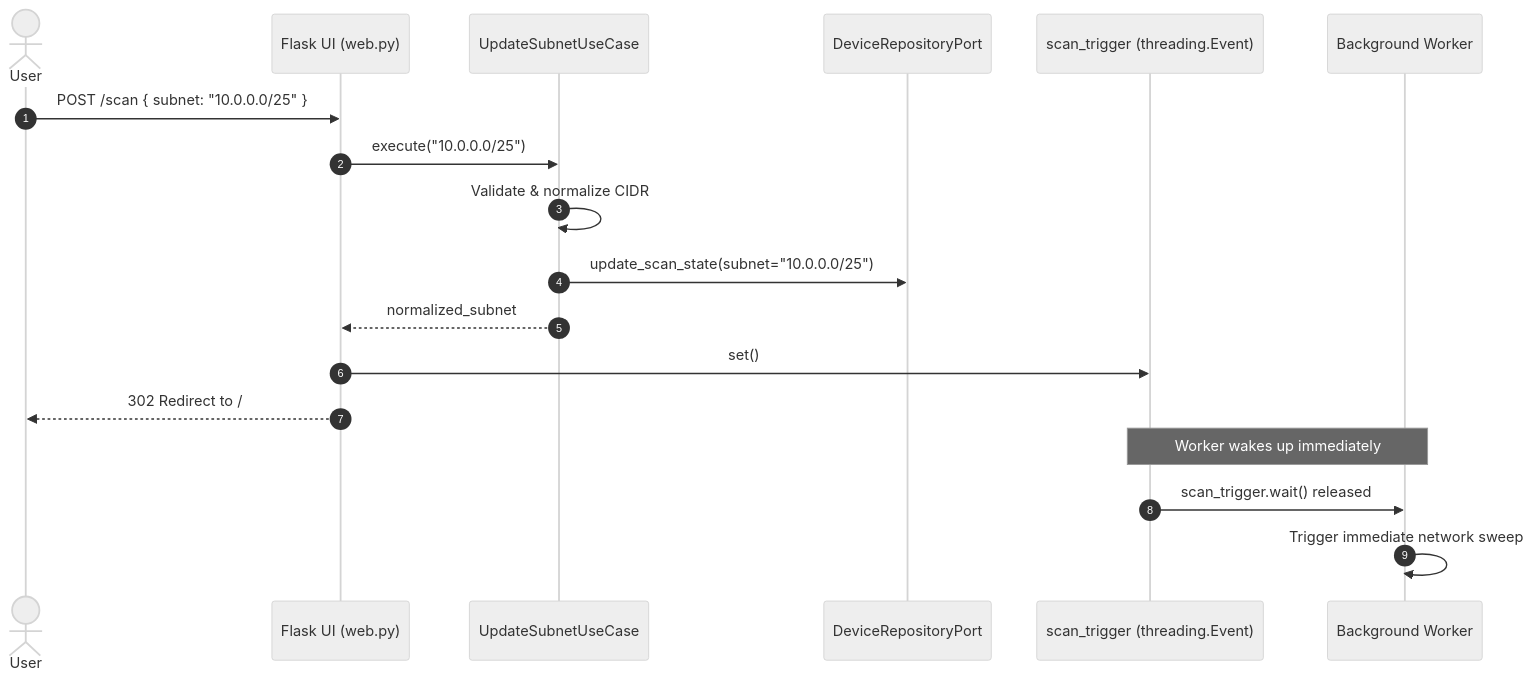
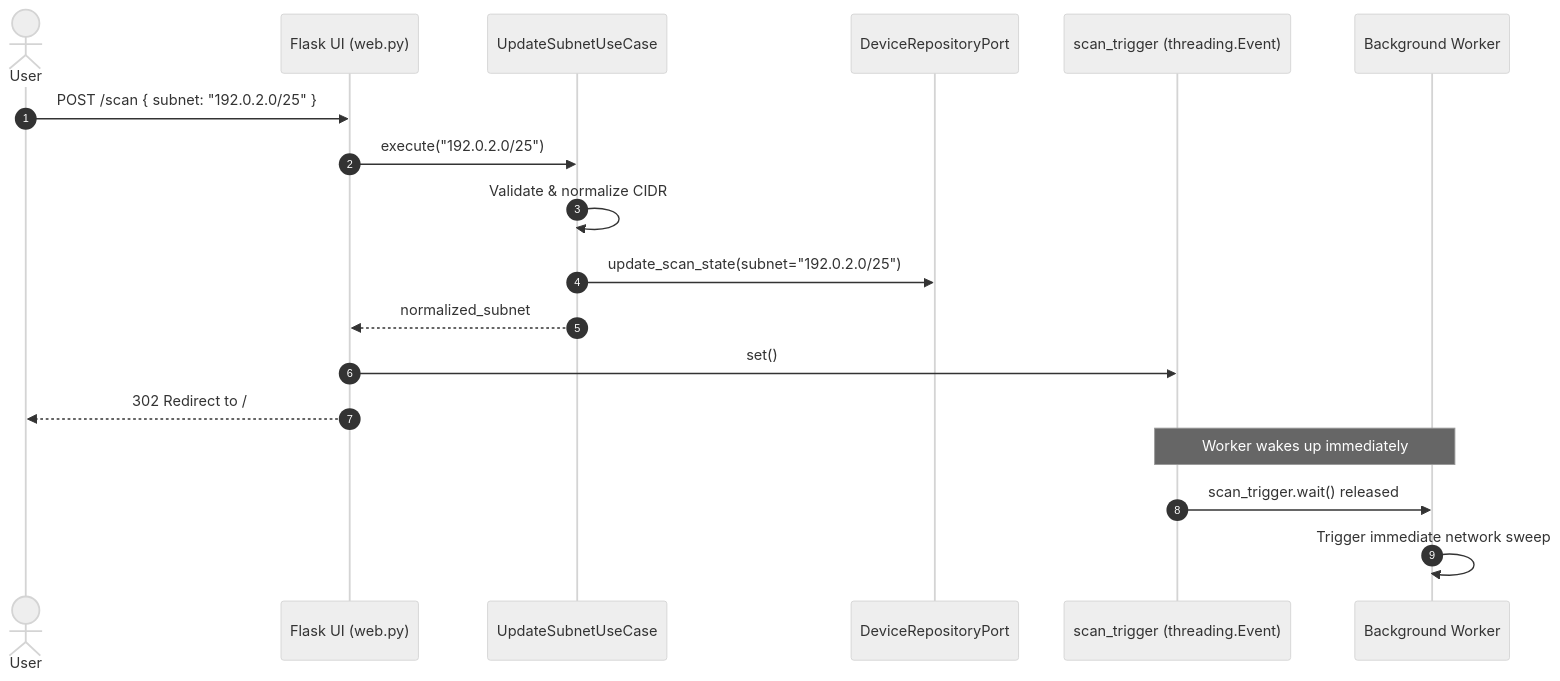
The third of 3 diagrams in ARCHITECTURE.md (tomhalsan/LANRoster), drawn with Mermaid (neutral theme) before and after one commit. The commit also changed other lines of this file and 2 other files, not shown here.

````diff
--- a/ARCHITECTURE.md
+++ b/ARCHITECTURE.md
@@ -262,22 +300,22 @@
 ```mermaid
 sequenceDiagram
     autonumber
     actor User
     participant Web as Flask UI (web.py)
     participant UC as UpdateSubnetUseCase
     participant Repo as DeviceRepositoryPort
     participant Trigger as scan_trigger (threading.Event)
     participant Worker as Background Worker
 
-    User->>Web: POST /scan { subnet: "10.0.0.0/25" }
-    Web->>UC: execute("10.0.0.0/25")
+    User->>Web: POST /scan { subnet: "192.0.2.0/25" }
+    Web->>UC: execute("192.0.2.0/25")
     UC->>UC: Validate & normalize CIDR
-    UC->>Repo: update_scan_state(subnet="10.0.0.0/25")
+    UC->>Repo: update_scan_state(subnet="192.0.2.0/25")
     UC-->>Web: normalized_subnet
     Web->>Trigger: set()
     Web-->>User: 302 Redirect to /
     
     Note over Worker,Trigger: Worker wakes up immediately
     Trigger->>Worker: scan_trigger.wait() released
     Worker->>Worker: Trigger immediate network sweep
 ```
````
